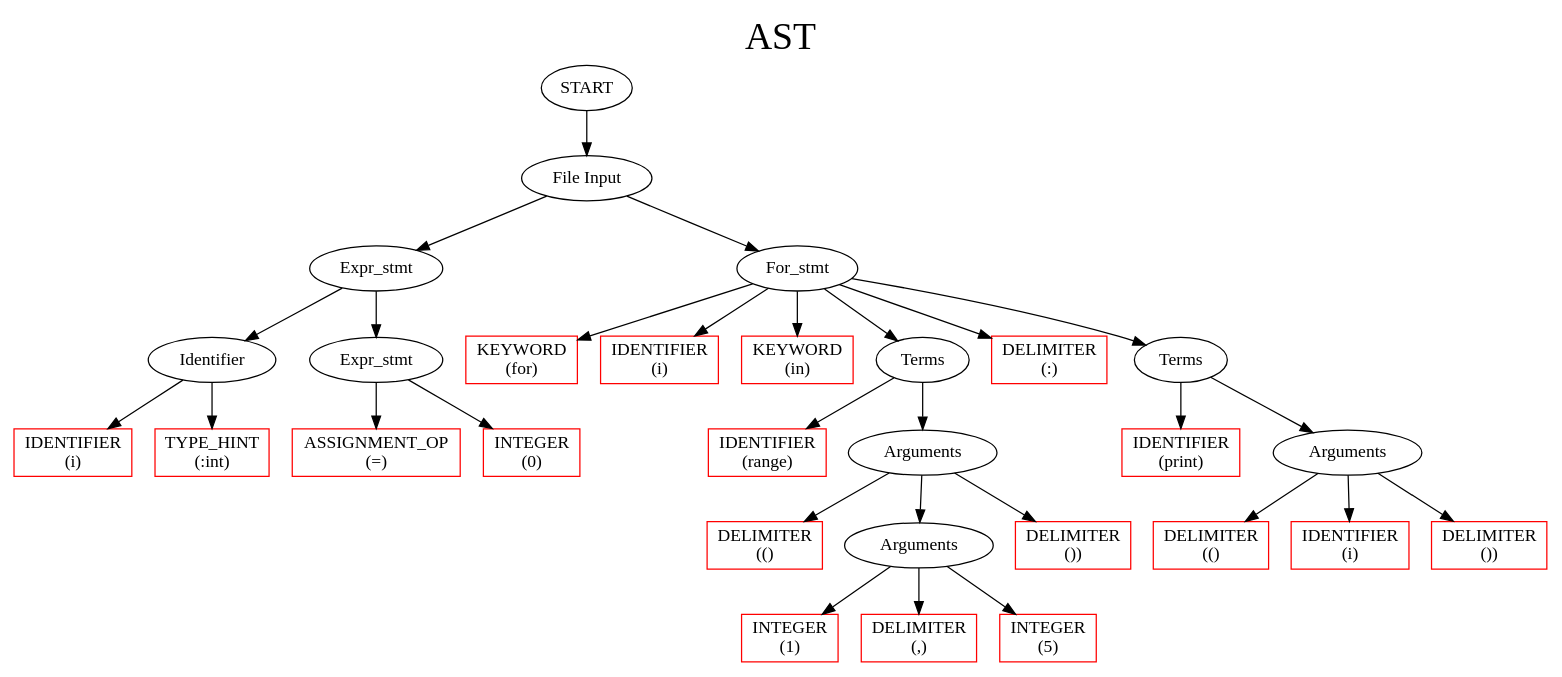
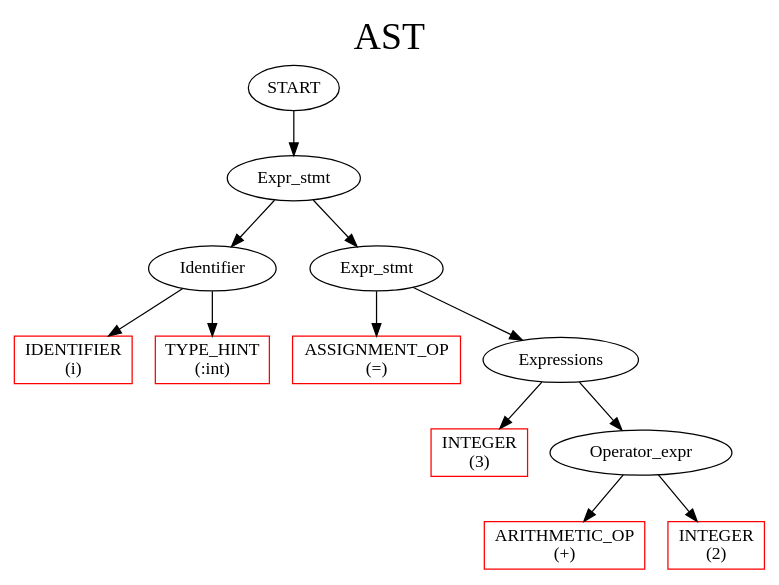
One commit to depanshu357/CS335-Compiler changed the diagram in output.dot. Above: the diagram before and after it, drawn with Graphviz. The commit also changed 14 other files, not shown here.

```diff
--- a/output.dot
+++ b/output.dot
@@ -1,84 +1,38 @@
 digraph G{
 
 label     = "AST"
 fontname  = "Cascadia code"
 fontsize  = 30
 labelloc  = t
 
 node   [ fontname="Cascadia code" ]
-	105		[ style = solid label = "START"  ];
-	105 -> 104
-	104		[ style = solid label = "File Input"  ];
-	104 -> 26
-	26		[ style = solid label = "Expr_stmt"  ];
-	26 -> 2
+	34		[ style = solid label = "START"  ];
+	34 -> 31
+	31		[ style = solid label = "Expr_stmt"  ];
+	31 -> 2
 	2		[ style = solid label = "Identifier"  ];
 	2 -> 0
 	0		[ style = solid label = "IDENTIFIER 
 (i)" color = red shape = rectangle ];
 	2 -> 1
 	1		[ style = solid label = "TYPE_HINT 
 (:int)" color = red shape = rectangle ];
-	26 -> 25
-	25		[ style = solid label = "Expr_stmt"  ];
-	25 -> 3
+	31 -> 30
+	30		[ style = solid label = "Expr_stmt"  ];
+	30 -> 3
 	3		[ style = solid label = "ASSIGNMENT_OP 
 (=)" color = red shape = rectangle ];
-	25 -> 14
+	30 -> 22
+	22		[ style = solid label = "Expressions"  ];
+	22 -> 14
 	14		[ style = solid label = "INTEGER 
-(0)" color = red shape = rectangle ];
-	104 -> 102
-	102		[ style = solid label = "For_stmt"  ];
-	102 -> 28
-	28		[ style = solid label = "KEYWORD 
-(for)" color = red shape = rectangle ];
-	102 -> 29
-	29		[ style = solid label = "IDENTIFIER 
-(i)" color = red shape = rectangle ];
-	102 -> 30
-	30		[ style = solid label = "KEYWORD 
-(in)" color = red shape = rectangle ];
-	102 -> 66
-	66		[ style = solid label = "Terms"  ];
-	66 -> 38
-	38		[ style = solid label = "IDENTIFIER 
-(range)" color = red shape = rectangle ];
-	66 -> 63
-	63		[ style = solid label = "Arguments"  ];
-	63 -> 39
-	39		[ style = solid label = "DELIMITER 
-(()" color = red shape = rectangle ];
-	63 -> 62
-	62		[ style = solid label = "Arguments"  ];
-	62 -> 40
-	40		[ style = solid label = "INTEGER 
-(1)" color = red shape = rectangle ];
-	62 -> 41
-	41		[ style = solid label = "DELIMITER 
-(,)" color = red shape = rectangle ];
-	62 -> 51
-	51		[ style = solid label = "INTEGER 
-(5)" color = red shape = rectangle ];
-	63 -> 52
-	52		[ style = solid label = "DELIMITER 
-())" color = red shape = rectangle ];
-	102 -> 64
-	64		[ style = solid label = "DELIMITER 
-(:)" color = red shape = rectangle ];
-	102 -> 91
-	91		[ style = solid label = "Terms"  ];
-	91 -> 76
-	76		[ style = solid label = "IDENTIFIER 
-(print)" color = red shape = rectangle ];
-	91 -> 89
-	89		[ style = solid label = "Arguments"  ];
-	89 -> 77
-	77		[ style = solid label = "DELIMITER 
-(()" color = red shape = rectangle ];
-	89 -> 78
-	78		[ style = solid label = "IDENTIFIER 
-(i)" color = red shape = rectangle ];
-	89 -> 79
-	79		[ style = solid label = "DELIMITER 
-())" color = red shape = rectangle ];
+(3)" color = red shape = rectangle ];
+	22 -> 21
+	21		[ style = solid label = "Operator_expr"  ];
+	21 -> 15
+	15		[ style = solid label = "ARITHMETIC_OP 
+(+)" color = red shape = rectangle ];
+	21 -> 18
+	18		[ style = solid label = "INTEGER 
+(2)" color = red shape = rectangle ];
 }
```
